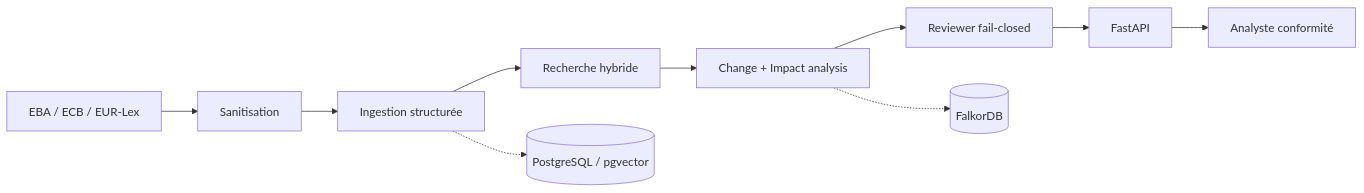
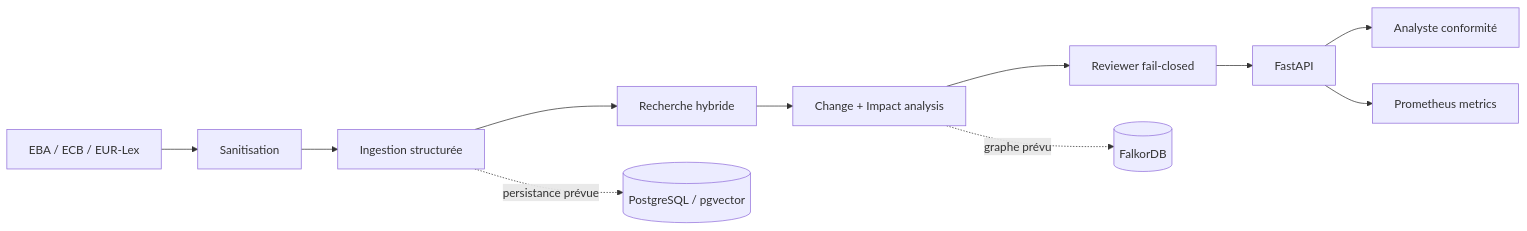
One commit to RaaaayN/bnp-regulation changed the diagram in README.md. Above: the diagram before and after it, drawn with Mermaid. The commit also changed other lines of this file and 2 other files, not shown here.

````diff
--- a/README.md
+++ b/README.md
@@ -80,12 +124,13 @@
 ```mermaid
 flowchart LR
     Sources[EBA / ECB / EUR-Lex] --> Guard[Sanitisation]
     Guard --> Ingestion[Ingestion structurée]
     Ingestion --> Retrieval[Recherche hybride]
     Retrieval --> Analysis[Change + Impact analysis]
     Analysis --> Reviewer[Reviewer fail-closed]
     Reviewer --> API[FastAPI]
     API --> Analyst[Analyste conformité]
-    Ingestion -.-> PG[(PostgreSQL / pgvector)]
-    Analysis -.-> KG[(FalkorDB)]
+    API --> Metrics[Prometheus metrics]
+    Ingestion -. persistance prévue .-> PG[(PostgreSQL / pgvector)]
+    Analysis -. graphe prévu .-> KG[(FalkorDB)]
 ```
````
